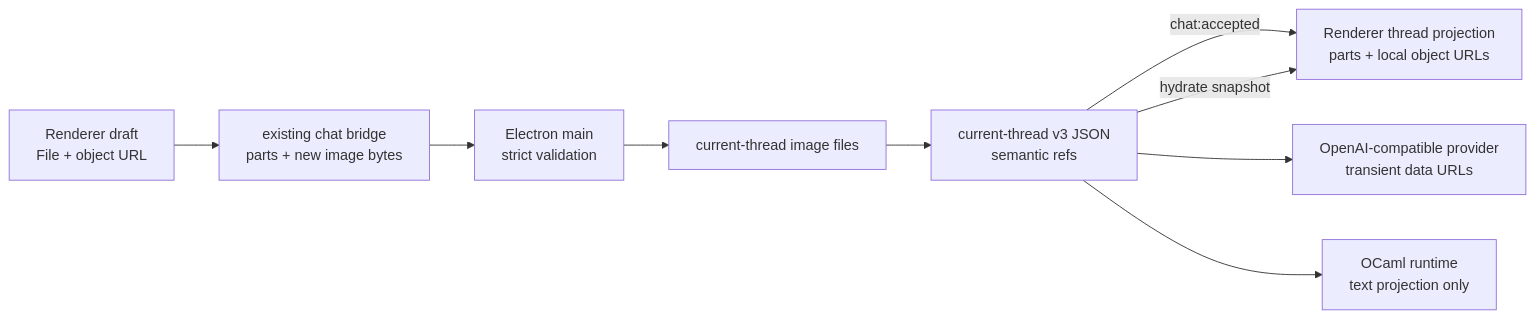
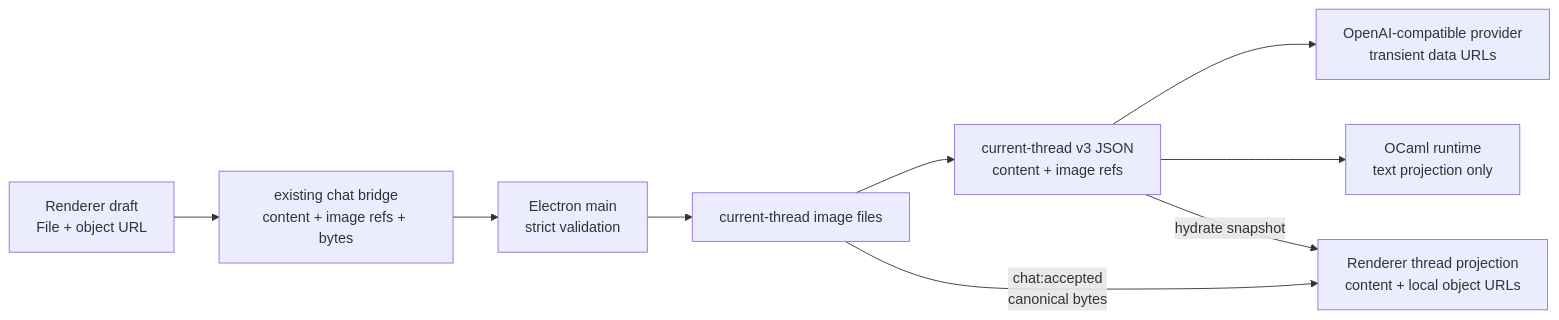
The diagram in docs/next/context-composer-experiment-technical-plan.md (DBvc/nyx), drawn with Mermaid before and after one commit. The commit also changed other lines of this file, not shown here.

````diff
--- a/docs/next/context-composer-experiment-technical-plan.md
+++ b/docs/next/context-composer-experiment-technical-plan.md
@@ -76,19 +76,19 @@
 ```mermaid
 flowchart LR
   Draft["Renderer draft<br/>File + object URL"]
-  Bridge["existing chat bridge<br/>parts + new image bytes"]
+  Bridge["existing chat bridge<br/>content + image refs + bytes"]
   Trust["Electron main<br/>strict validation"]
   Files["current-thread image files"]
-  Record["current-thread v3 JSON<br/>semantic refs"]
+  Record["current-thread v3 JSON<br/>content + image refs"]
   Provider["OpenAI-compatible provider<br/>transient data URLs"]
   Runtime["OCaml runtime<br/>text projection only"]
-  View["Renderer thread projection<br/>parts + local object URLs"]
+  View["Renderer thread projection<br/>content + local object URLs"]
 
   Draft --> Bridge --> Trust
   Trust --> Files
   Files --> Record
-  Record -- "chat:accepted" --> View
+  Files -- "chat:accepted<br/>canonical bytes" --> View
   Record --> Provider
   Record --> Runtime
   Record -- "hydrate snapshot" --> View
 ```
````
